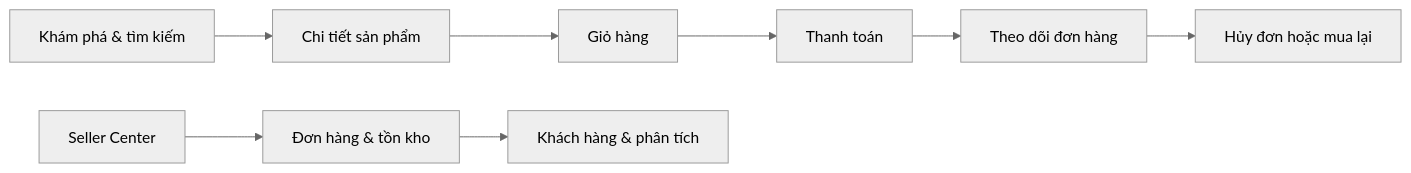
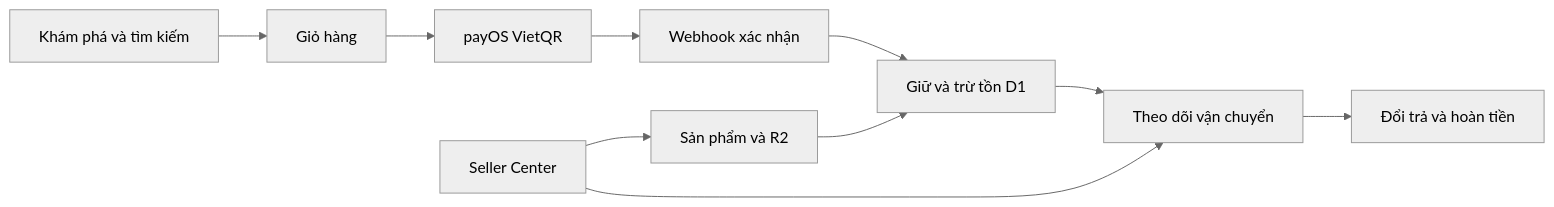
One commit to pnhl/banhang changed the diagram in README.md. Above: the diagram before and after it, drawn with Mermaid (neutral theme). The commit also changed other lines of this file and 67 other files, not shown here.

````diff
--- a/README.md
+++ b/README.md
@@ -36,10 +34,12 @@
 ```mermaid
 flowchart LR
-    A[Khám phá & tìm kiếm] --> B[Chi tiết sản phẩm]
-    B --> C[Giỏ hàng]
-    C --> D[Thanh toán]
-    D --> E[Theo dõi đơn hàng]
-    E --> F[Hủy đơn hoặc mua lại]
-    G[Seller Center] --> H[Đơn hàng & tồn kho]
-    H --> I[Khách hàng & phân tích]
+    A[Khám phá và tìm kiếm] --> B[Giỏ hàng]
+    B --> C[payOS VietQR]
+    C --> D[Webhook xác nhận]
+    D --> E[Giữ và trừ tồn D1]
+    E --> F[Theo dõi vận chuyển]
+    F --> G[Đổi trả và hoàn tiền]
+    H[Seller Center] --> I[Sản phẩm và R2]
+    I --> E
+    H --> F
 ```
````
